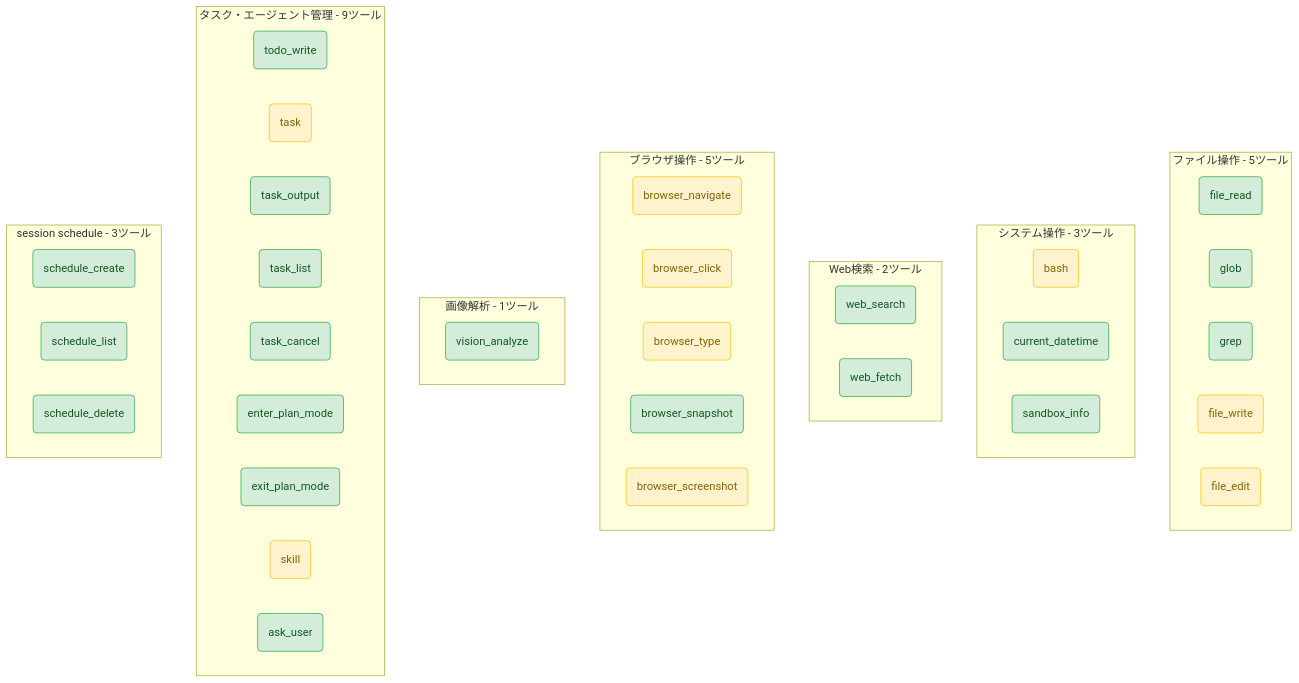
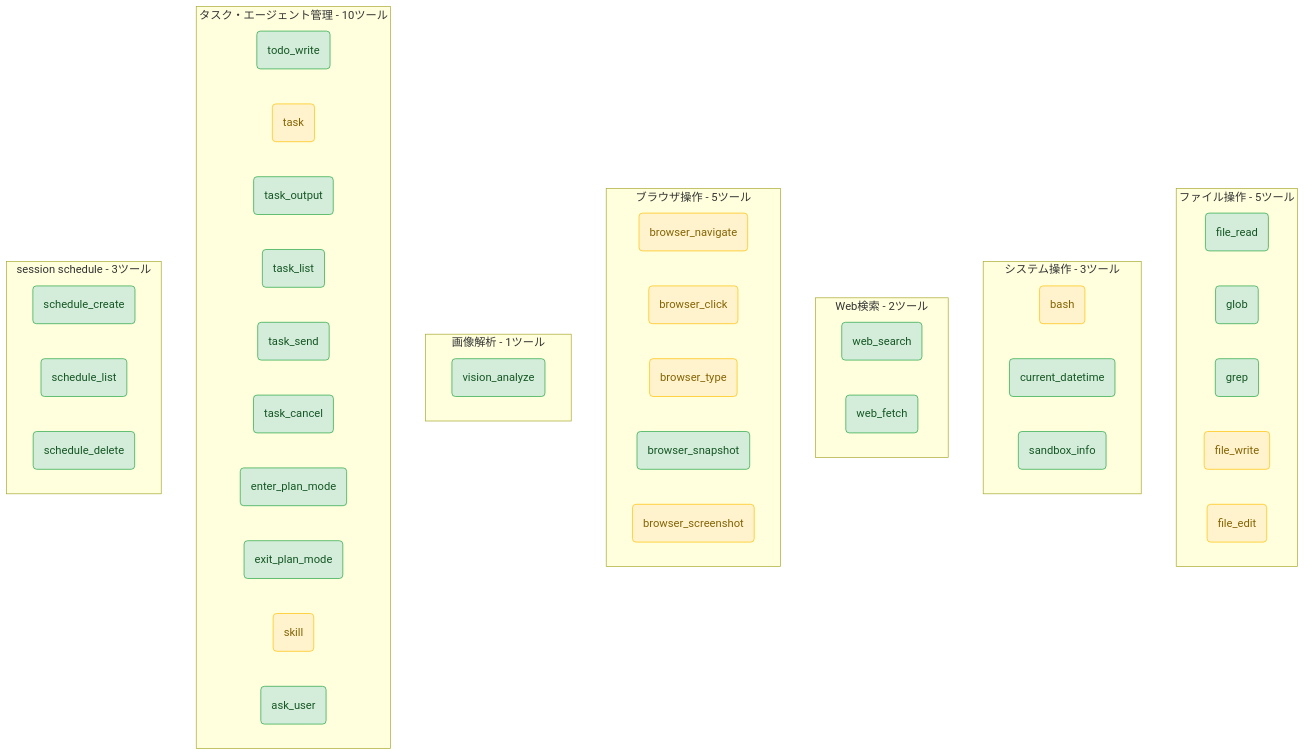
Before and after one commit to t2k2pp/lllmAgents: the fourth of 5 diagrams in docs/external_design.md, drawn with Mermaid. The commit also changed other lines of this file and 13 other files, not shown here.

````diff
--- a/docs/external_design.md
+++ b/docs/external_design.md
@@ -194,54 +194,55 @@
 ```mermaid
 graph TD
     classDef safe fill:#d4edda,stroke:#28a745,color:#155724;
     classDef ask fill:#fff3cd,stroke:#ffc107,color:#856404;
 
     subgraph Filesystem [ファイル操作 - 5ツール]
         F1(file_read):::safe
         F2(glob):::safe
         F3(grep):::safe
         F4(file_write):::ask
         F5(file_edit):::ask
     end
 
     subgraph System [システム操作 - 3ツール]
         S1(bash):::ask
         S2(current_datetime):::safe
         S3(sandbox_info):::safe
     end
 
     subgraph Web [Web検索 - 2ツール]
         W1(web_search):::safe
         W2(web_fetch):::safe
     end
 
     subgraph Browser [ブラウザ操作 - 5ツール]
         B1(browser_navigate):::ask
         B2(browser_click):::ask
         B3(browser_type):::ask
         B4(browser_snapshot):::safe
         B5(browser_screenshot):::ask
     end
 
     subgraph Vision [画像解析 - 1ツール]
         V1(vision_analyze):::safe
     end
 
-    subgraph AgentTools [タスク・エージェント管理 - 9ツール]
+    subgraph AgentTools [タスク・エージェント管理 - 10ツール]
         A1(todo_write):::safe
         A2(task):::ask
         A3(task_output):::safe
         A4(task_list):::safe
-        A5(task_cancel):::safe
-        A6(enter_plan_mode):::safe
-        A7(exit_plan_mode):::safe
-        A8(skill):::ask
-        A9(ask_user):::safe
+        A5(task_send):::safe
+        A6(task_cancel):::safe
+        A7(enter_plan_mode):::safe
+        A8(exit_plan_mode):::safe
+        A9(skill):::ask
+        A10(ask_user):::safe
     end
 
     subgraph Schedule [session schedule - 3ツール]
         C1(schedule_create):::safe
         C2(schedule_list):::safe
         C3(schedule_delete):::safe
     end
 ```
````
